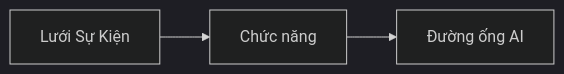
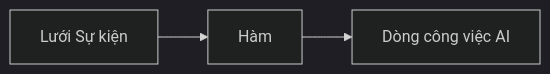
One commit to microsoft/AZD-for-beginners changed the second of 2 diagrams in translations/vi/docs/chapter-08-production/README.md. Above: the diagram before and after it, drawn with Mermaid (dark theme). The commit also changed other lines of this file and 1 other file, not shown here.

````diff
--- a/translations/vi/docs/chapter-08-production/README.md
+++ b/translations/vi/docs/chapter-08-production/README.md
@@ -57,4 +57,4 @@
 ```mermaid
 graph LR
-    EventGrid[Lưới Sự Kiện] --> Functions[Chức năng] --> Pipeline[Đường ống AI]
+    EventGrid[Lưới Sự kiện] --> Functions[Hàm] --> Pipeline[Dòng công việc AI]
 ```
````
